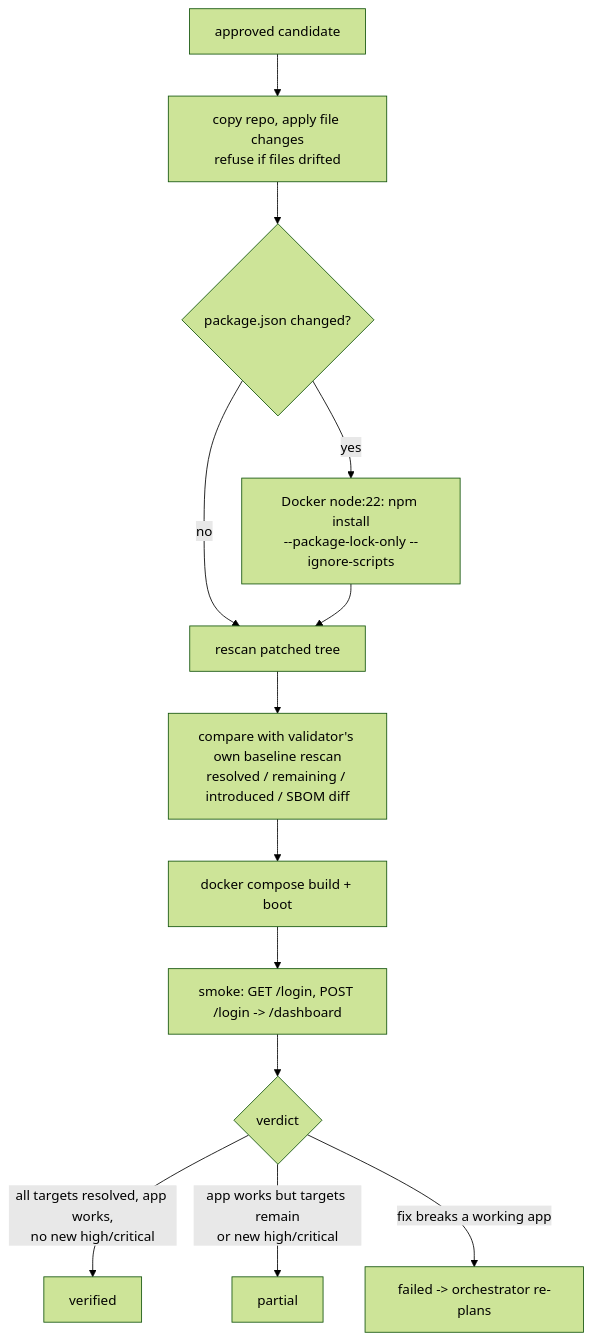
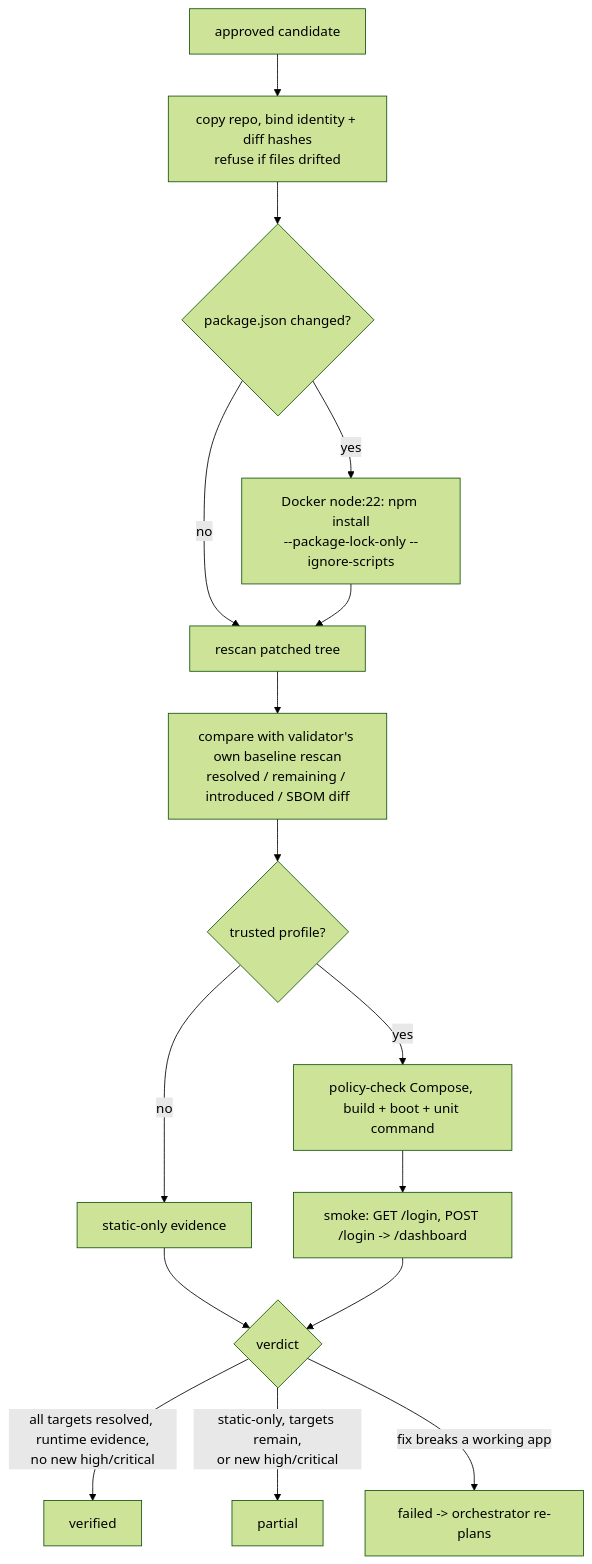
Before and after one commit to Neha-Jacob-8/supply-chain-guardian: the sixth of 6 diagrams in docs/architecture.md, drawn with Mermaid (forest theme). The commit also changed other lines of this file and 27 other files, not shown here.

````diff
--- a/docs/architecture.md
+++ b/docs/architecture.md
@@ -117,15 +118,18 @@
 ```mermaid
 flowchart TD
-  A[approved candidate] --> B[copy repo, apply file changes<br/>refuse if files drifted]
+  A[approved candidate] --> B[copy repo, bind identity + diff hashes<br/>refuse if files drifted]
   B --> C{package.json changed?}
   C -->|yes| D[Docker node:22: npm install<br/>--package-lock-only --ignore-scripts]
   C -->|no| E
   D --> E[rescan patched tree]
   E --> F[compare with validator's own baseline rescan<br/>resolved / remaining / introduced / SBOM diff]
-  F --> G[docker compose build + boot]
-  G --> H[smoke: GET /login, POST /login -> /dashboard]
-  H --> I{verdict}
-  I -->|all targets resolved, app works,<br/>no new high/critical| V[verified]
-  I -->|app works but targets remain<br/>or new high/critical| P[partial]
-  I -->|fix breaks a working app| X[failed -> orchestrator re-plans]
+  F --> G{trusted profile?}
+  G -->|no| P[static-only evidence]
+  G -->|yes| H[policy-check Compose, build + boot + unit command]
+  H --> I[smoke: GET /login, POST /login -> /dashboard]
+  P --> J{verdict}
+  I --> J{verdict}
+  J -->|all targets resolved, runtime evidence,<br/>no new high/critical| V[verified]
+  J -->|static-only, targets remain,<br/>or new high/critical| P2[partial]
+  J -->|fix breaks a working app| X[failed -> orchestrator re-plans]
 ```
````
